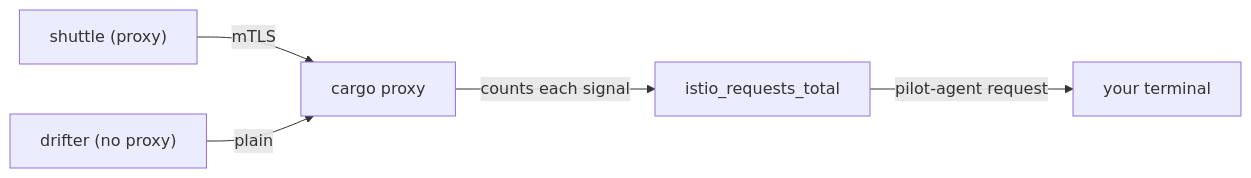
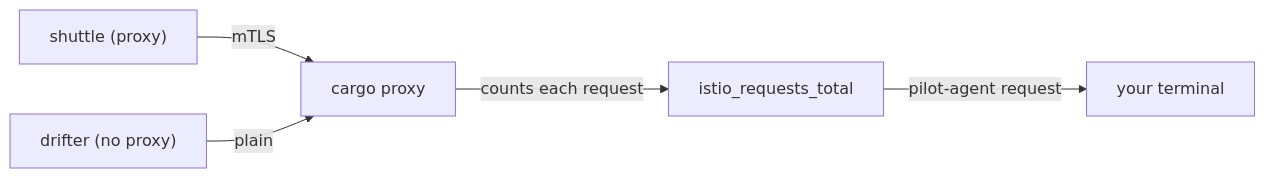
The diagram in sections/section-010/module-03/course-01-count-the-plain-signals.md (astrona-io/ATS015), drawn with Mermaid before and after one commit. The commit also changed other lines of this file and 20 other files, not shown here.

````diff
--- a/sections/section-010/module-03/course-01-count-the-plain-signals.md
+++ b/sections/section-010/module-03/course-01-count-the-plain-signals.md
@@ -26,7 +26,7 @@
 ```mermaid
 flowchart LR
     S["shuttle (proxy)"] -->|"mTLS"| C["cargo proxy"]
     D["drifter (no proxy)"] -->|"plain"| C
-    C -->|"counts each signal"| T["istio_requests_total"]
+    C -->|"counts each request"| T["istio_requests_total"]
     T -->|"pilot-agent request"| Y["your terminal"]
 ```
````
